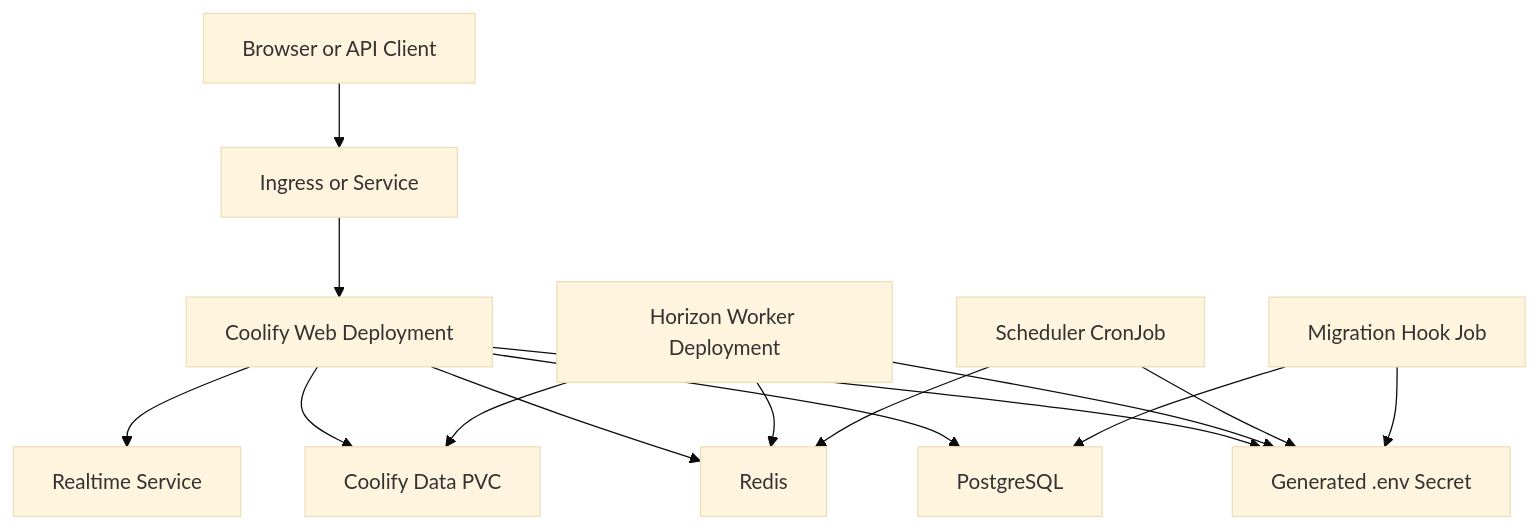
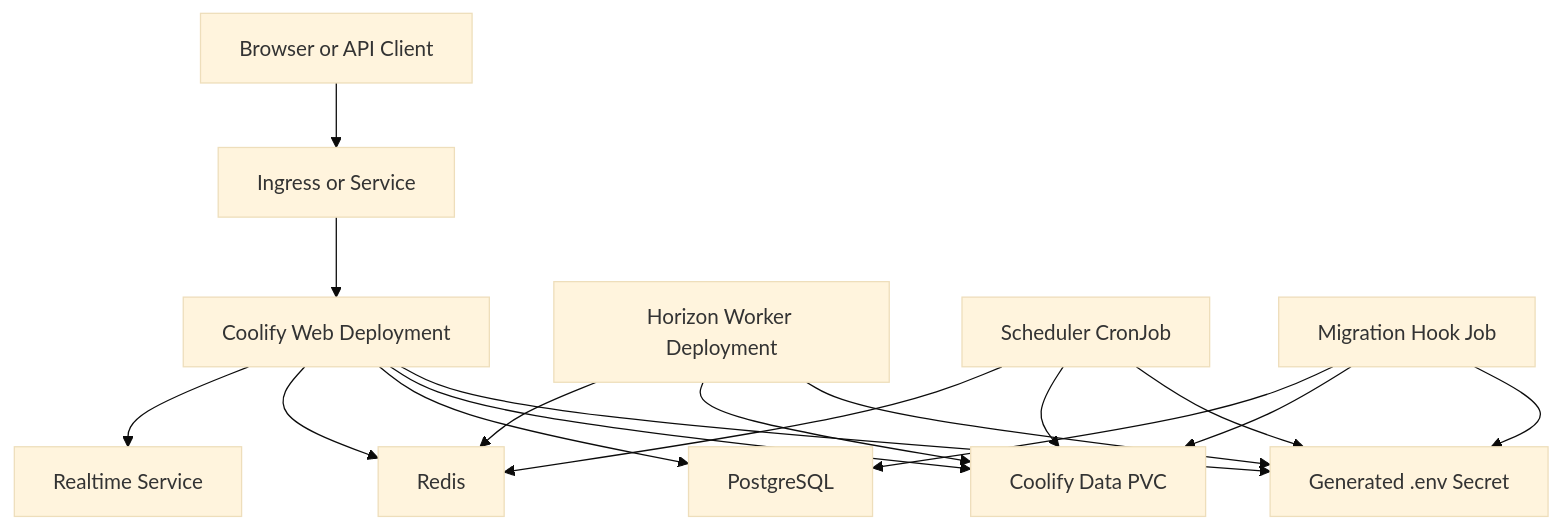
One commit to coollabsio/coolify changed the first of 2 diagrams in docs/specs/20260519-coolify-helm-chart.md. Above: the diagram before and after it, drawn with Mermaid (base theme). The commit also changed other lines of this file and 13 other files, not shown here.

````diff
--- a/docs/specs/20260519-coolify-helm-chart.md
+++ b/docs/specs/20260519-coolify-helm-chart.md
@@ -35,17 +35,19 @@
 ```mermaid
 flowchart TD
     User["Browser or API Client"] --> Ingress["Ingress or Service"]
     Ingress --> Web["Coolify Web Deployment"]
     Web --> Env["Generated .env Secret"]
     Web --> Data["Coolify Data PVC"]
     Web --> Postgres["PostgreSQL"]
     Web --> Redis["Redis"]
     Web --> Realtime["Realtime Service"]
     Worker["Horizon Worker Deployment"] --> Env
     Worker --> Data
     Worker --> Redis
     Scheduler["Scheduler CronJob"] --> Env
+    Scheduler --> Data
     Scheduler --> Redis
     Migration["Migration Hook Job"] --> Env
+    Migration --> Data
     Migration --> Postgres
 ```
````
